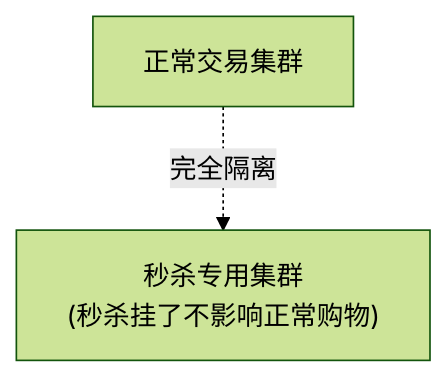
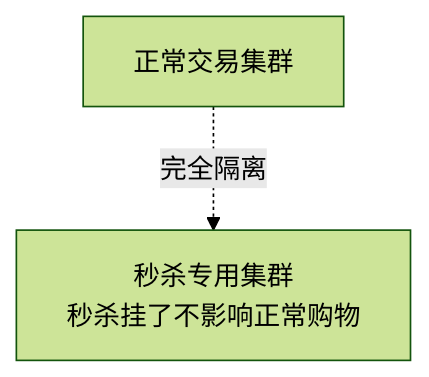
One commit to jpixy/jpixy.github.io changed the fourth of 4 diagrams in content/articles/system-design/sd-12-秒杀系统设计.md. Above: the diagram before and after it, drawn with Mermaid (forest theme). The commit also changed other lines of this file and 66 other files, not shown here.

Commit message:
fix: resolve Mermaid syntax errors by removing parentheses in node labels

````diff
--- a/content/articles/system-design/sd-12-秒杀系统设计.md
+++ b/content/articles/system-design/sd-12-秒杀系统设计.md
@@ -298,6 +298,6 @@
 ```mermaid
 graph TB
     NormalCluster["正常交易集群"]
-    SeckillCluster["秒杀专用集群<br>(秒杀挂了不影响正常购物)"]
+    SeckillCluster["秒杀专用集群<br/>秒杀挂了不影响正常购物"]
     NormalCluster -.->|完全隔离| SeckillCluster
 ```
````
